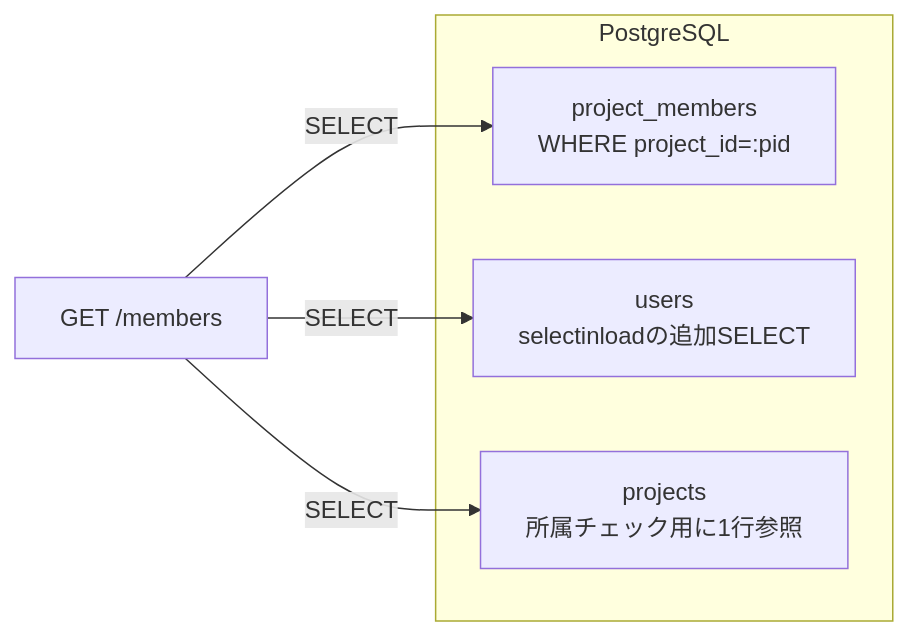
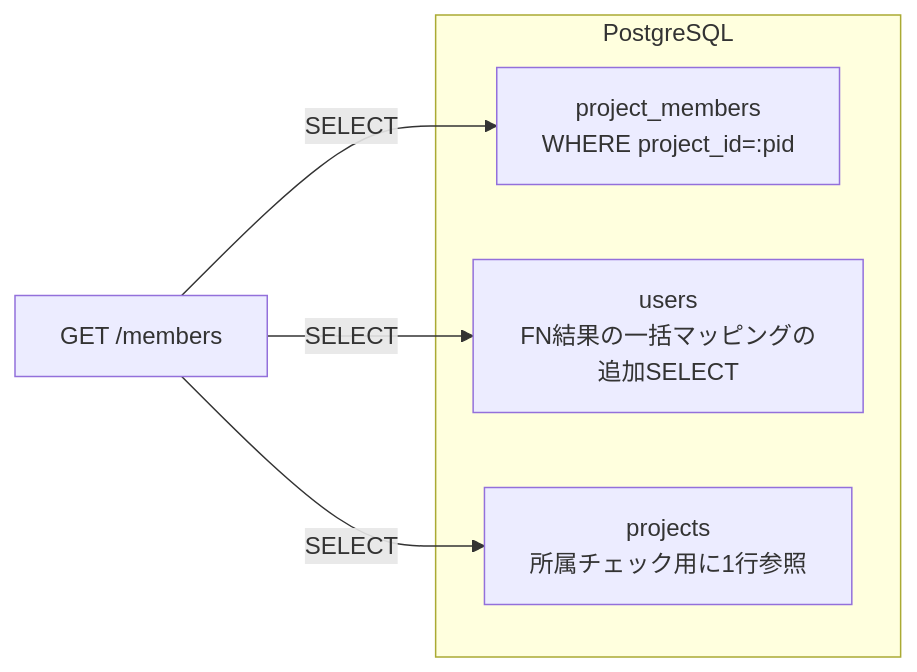
The fourth of 4 diagrams in detailed_design/api/projects/06_get_project_members.md (oikawa-d/task_management), drawn with Mermaid before and after one commit. The commit also changed other lines of this file and 58 other files, not shown here.

````diff
--- a/detailed_design/api/projects/06_get_project_members.md
+++ b/detailed_design/api/projects/06_get_project_members.md
@@ -201,11 +201,11 @@
 ```mermaid
 flowchart LR
     subgraph PG["PostgreSQL"]
         PM["project_members<br/>WHERE project_id=:pid"]
-        U["users<br/>selectinloadの追加SELECT"]
+        U["users<br/>FN結果の一括マッピングの追加SELECT"]
         P["projects<br/>所属チェック用に1行参照"]
     end
     API["GET /members"] -->|"SELECT"| PM
     API -->|"SELECT"| U
     API -->|"SELECT"| P
 ```
````
